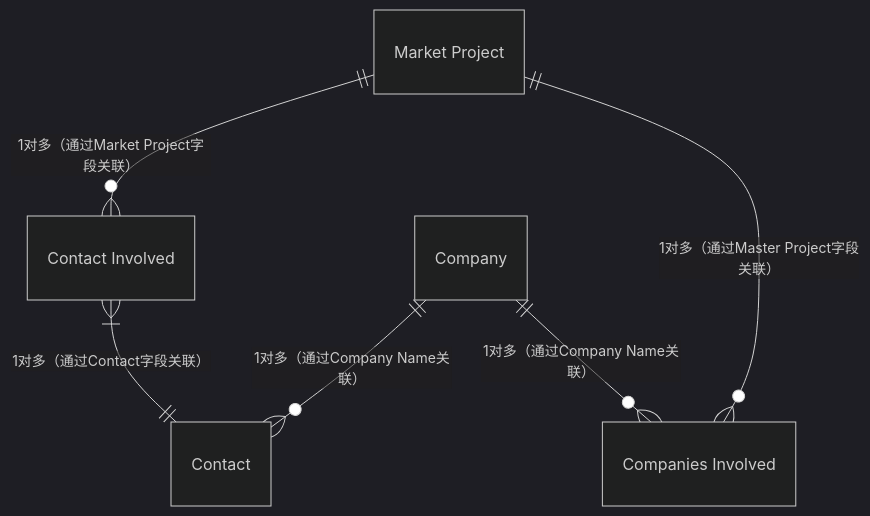
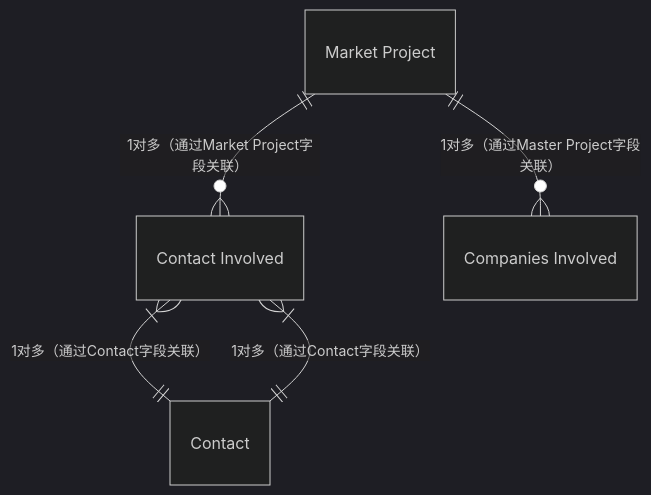
Before and after one commit to zhangziru-33/iodraw-files: the diagram in all/Norden数据E-R图(7个对象，+contact).md, drawn with Mermaid (dark theme).

Commit message:
2025-12-04 14:13:48 update

````diff
--- a/all/Norden数据E-R图(7个对象，+contact).md
+++ b/all/Norden数据E-R图(7个对象，+contact).md
@@ -1,18 +1,15 @@
 ```mermaid
 erDiagram
     
     %% Company ||--o{ "PV Product" : "1对多（通过Company字段关联）"
-    
-    
+    "Contact Involved" }|--|| "Contact" : "1对多（通过Contact字段关联）"
+   
+    "Market Project" ||--o{ "Companies Involved" : "1对多（通过Master Project字段关联）"
     "Market Project" ||--o{ "Contact Involved" : "1对多（通过Market Project字段关联）"
     "Contact Involved" }|--|| "Contact" : "1对多（通过Contact字段关联）"
-    Company ||--o{ "Contact" : "1对多（通过Company Name关联）"
-    Company ||--o{ "Companies Involved" : "1对多（通过Company Name关联）"
-    "Market Project" ||--o{ "Companies Involved" : "1对多（通过Master Project字段关联）"
     
-
     %% "Market Project" ||--o{ "MP Product" : "1对多（通过Market Project字段关联）"
     %% "MP Product" }|--|| "PV Product" : "多对1（通过产品参数关联，如Frame Material）"
    
     %% Contact ||--o{ "Conatct Involved" : "1对多（通过Conatct字段关联）"
 ```
````
